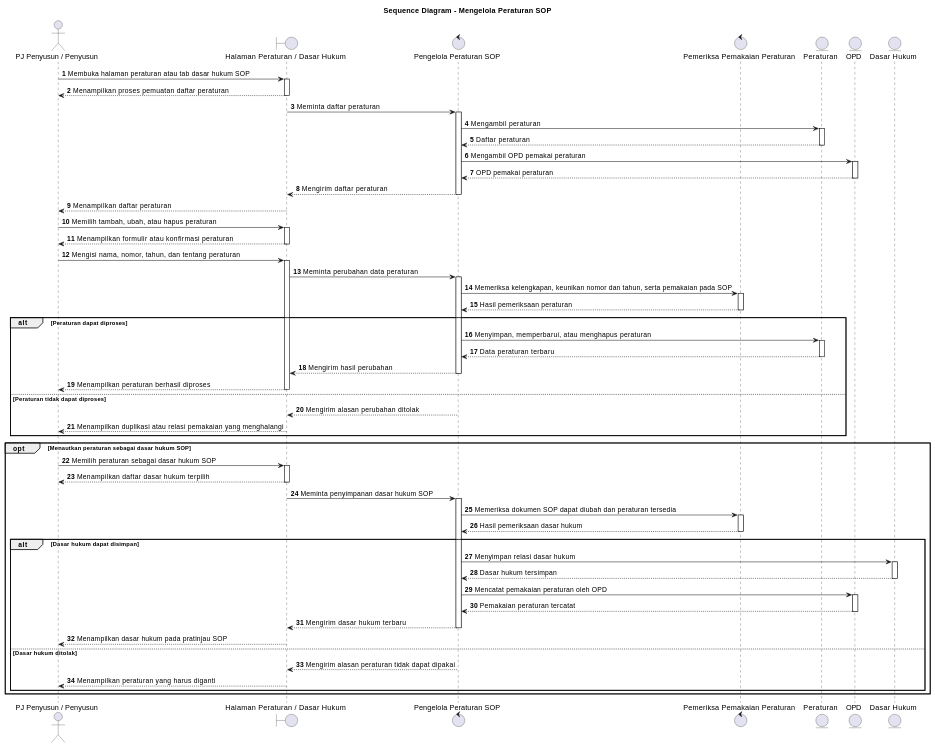
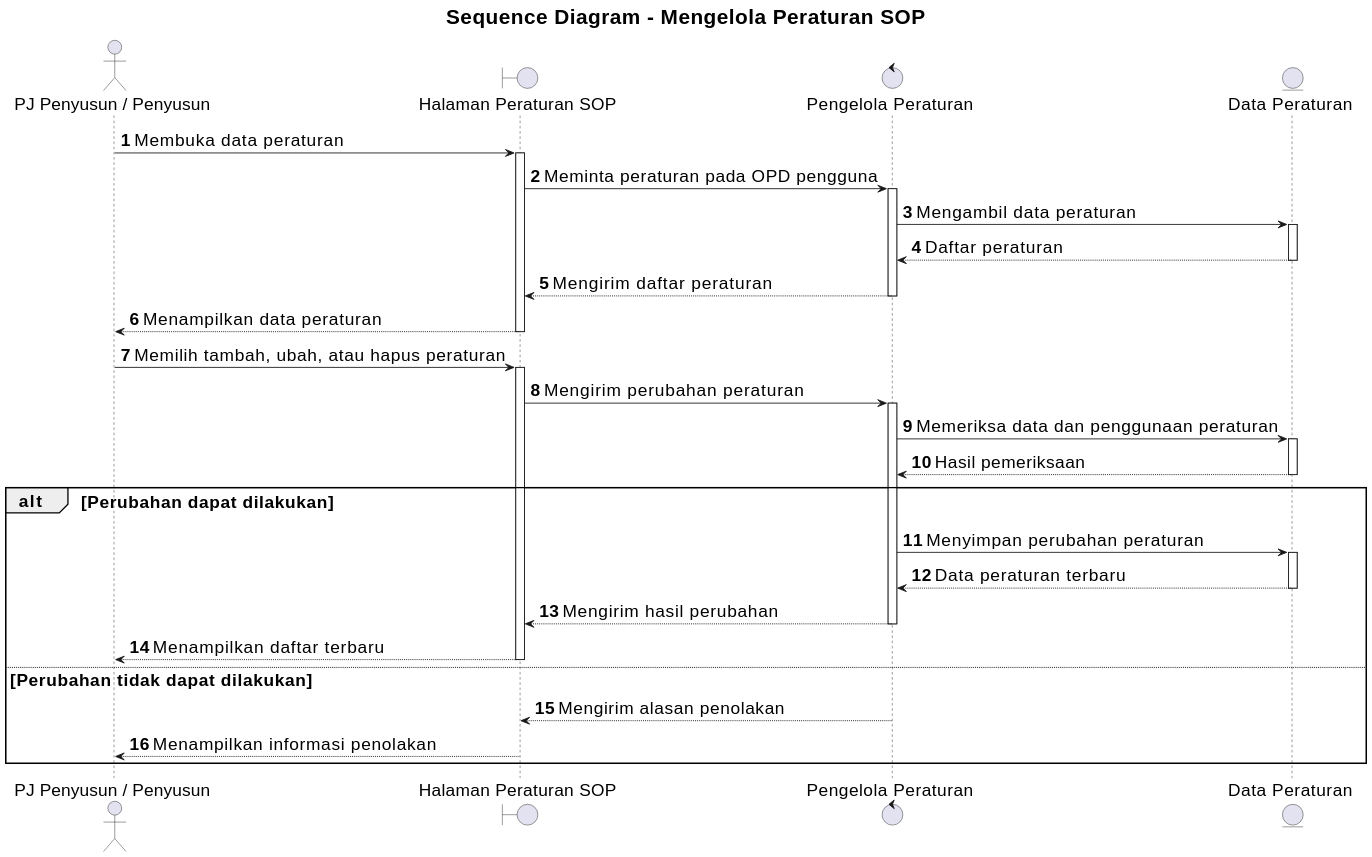
The diagram in docs/sequence/lampiran/pj-penyusun-penyusun-mengelola-peraturan-sop.md (howlil/sop-generate-app), drawn with PlantUML before and after one commit. The commit also changed other lines of this file and 20 other files, not shown here.

Commit message:
docs(sequence): align all sequence diagrams with use cases

````diff
--- a/docs/sequence/lampiran/pj-penyusun-penyusun-mengelola-peraturan-sop.md
+++ b/docs/sequence/lampiran/pj-penyusun-penyusun-mengelola-peraturan-sop.md
@@ -16,61 +16,39 @@
 ```plantuml
 @startuml
+skinparam defaultFontSize 20
+skinparam titleFontSize 24
+skinparam dpi 160
+
 title Sequence Diagram - Mengelola Peraturan SOP
 autonumber
 autoactivate on
 
 actor "PJ Penyusun / Penyusun" as A
-boundary "Halaman Peraturan / Dasar Hukum" as B
-control "Pengelola Peraturan SOP" as C
-control "Pemeriksa Pemakaian Peraturan" as D
-entity "Peraturan" as Peraturan
-entity "OPD" as OPD
-entity "Dasar Hukum" as DasarHukum
+boundary "Halaman Peraturan SOP" as B
+control "Pengelola Peraturan" as C
+entity "Data Peraturan" as D
 
-A -> B : Membuka halaman peraturan atau tab dasar hukum SOP
-B --> A : Menampilkan proses pemuatan daftar peraturan
-B -> C : Meminta daftar peraturan
-C -> Peraturan : Mengambil peraturan
-Peraturan --> C : Daftar peraturan
-C -> OPD : Mengambil OPD pemakai peraturan
-OPD --> C : OPD pemakai peraturan
+A -> B : Membuka data peraturan
+B -> C : Meminta peraturan pada OPD pengguna
+C -> D : Mengambil data peraturan
+D --> C : Daftar peraturan
 C --> B : Mengirim daftar peraturan
-B --> A : Menampilkan daftar peraturan
+B --> A : Menampilkan data peraturan
 
 A -> B : Memilih tambah, ubah, atau hapus peraturan
-B --> A : Menampilkan formulir atau konfirmasi peraturan
-A -> B : Mengisi nama, nomor, tahun, dan tentang peraturan
-B -> C : Meminta perubahan data peraturan
-C -> D : Memeriksa kelengkapan, keunikan nomor dan tahun, serta pemakaian pada SOP
-D --> C : Hasil pemeriksaan peraturan
-alt Peraturan dapat diproses
-  C -> Peraturan : Menyimpan, memperbarui, atau menghapus peraturan
-  Peraturan --> C : Data peraturan terbaru
+B -> C : Mengirim perubahan peraturan
+C -> D : Memeriksa data dan penggunaan peraturan
+D --> C : Hasil pemeriksaan
+
+alt Perubahan dapat dilakukan
+  C -> D : Menyimpan perubahan peraturan
+  D --> C : Data peraturan terbaru
   C --> B : Mengirim hasil perubahan
-  B --> A : Menampilkan peraturan berhasil diproses
-else Peraturan tidak dapat diproses
-  C --> B : Mengirim alasan perubahan ditolak
-  B --> A : Menampilkan duplikasi atau relasi pemakaian yang menghalangi
-end
-
-opt Menautkan peraturan sebagai dasar hukum SOP
-  A -> B : Memilih peraturan sebagai dasar hukum SOP
-  B --> A : Menampilkan daftar dasar hukum terpilih
-  B -> C : Meminta penyimpanan dasar hukum SOP
-  C -> D : Memeriksa dokumen SOP dapat diubah dan peraturan tersedia
-  D --> C : Hasil pemeriksaan dasar hukum
-  alt Dasar hukum dapat disimpan
-    C -> DasarHukum : Menyimpan relasi dasar hukum
-    DasarHukum --> C : Dasar hukum tersimpan
-    C -> OPD : Mencatat pemakaian peraturan oleh OPD
-    OPD --> C : Pemakaian peraturan tercatat
-    C --> B : Mengirim dasar hukum terbaru
-    B --> A : Menampilkan dasar hukum pada pratinjau SOP
-  else Dasar hukum ditolak
-    C --> B : Mengirim alasan peraturan tidak dapat dipakai
-    B --> A : Menampilkan peraturan yang harus diganti
-  end
+  B --> A : Menampilkan daftar terbaru
+else Perubahan tidak dapat dilakukan
+  C --> B : Mengirim alasan penolakan
+  B --> A : Menampilkan informasi penolakan
 end
 
 @enduml
 ```
````
